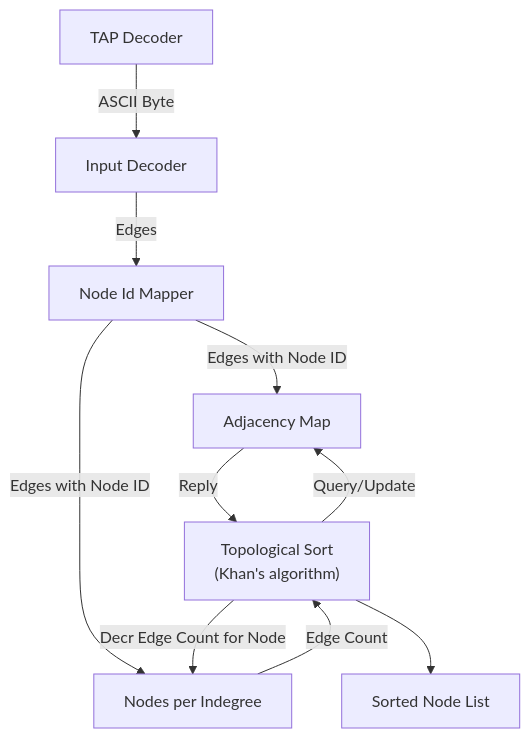
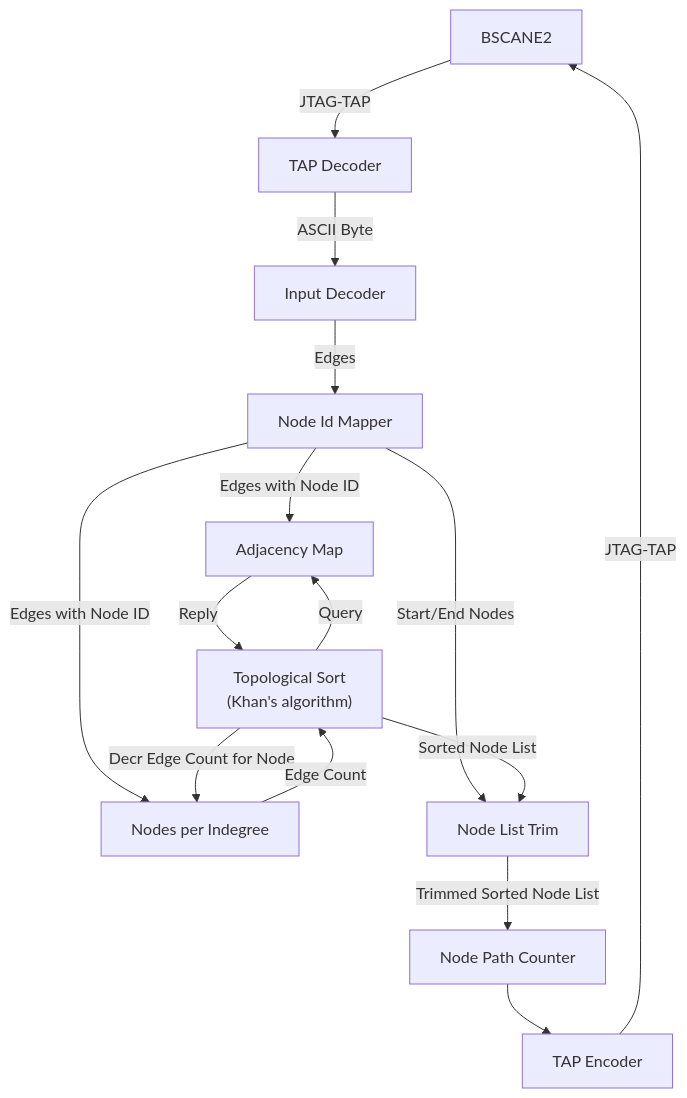
The diagram in 25/11/README.md (MatthieuMichon/aoc-rtl), drawn with Mermaid before and after one commit. The commit also changed 5 other files, not shown here.

First line of the commit message:
(day11.1) rtl: Add node list trim

````diff
--- a/25/11/README.md
+++ b/25/11/README.md
@@ -64,19 +64,28 @@
 ```mermaid
 flowchart
+tap["BSCANE2"]
 tap-dec["TAP Decoder"]
 dec["Input Decoder"]
 lut["Node Id Mapper"]
 adj["Adjacency Map"]
 indeg["Nodes per Indegree"]
 sort["Topological Sort<br>(Khan's algorithm)"]
-bram["Sorted Node List"]
+trim["Node List Trim"]
+path-cnt["Node Path Counter"]
+tap-enc["TAP Encoder"]
+
+tap --JTAG-TAP--> tap-dec
 tap-dec --ASCII Byte --> dec
 dec --Edges--> lut
 lut --Edges with Node ID--> adj
 lut --Edges with Node ID--> indeg
 sort --Decr Edge Count for Node--> indeg
 indeg --Edge Count--> sort
-sort --Query/Update--> adj
+sort --Query--> adj
 adj --Reply--> sort
-sort --> bram
+lut --Start/End Nodes--> trim
+sort --Sorted Node List--> trim
+trim --Trimmed Sorted Node List--> path-cnt
+path-cnt --> tap-enc
+tap-enc --JTAG-TAP--> tap
 ```
````
